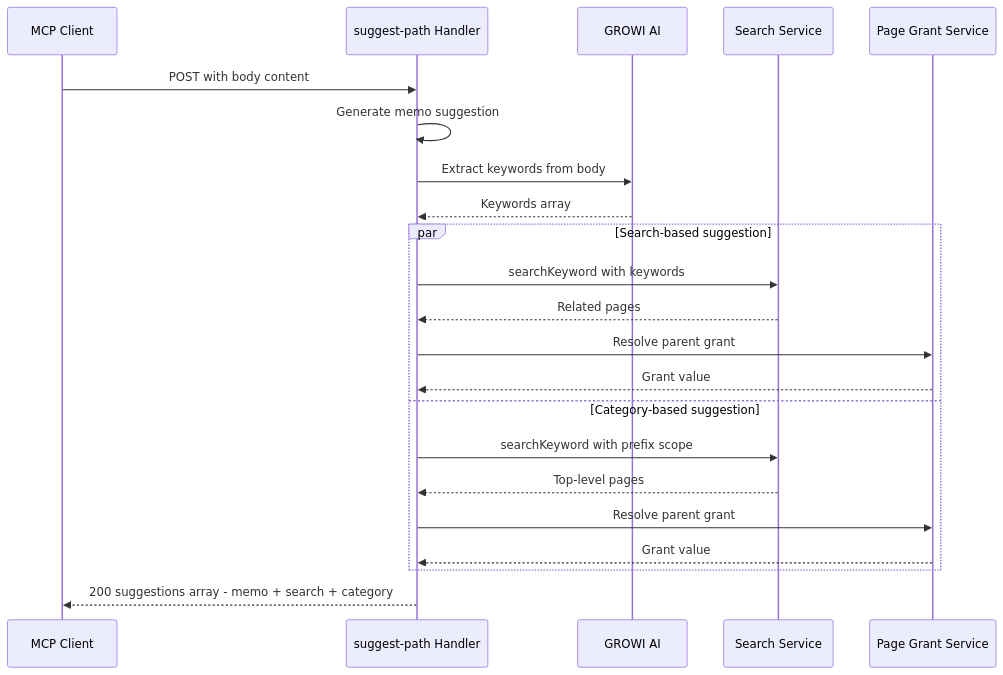
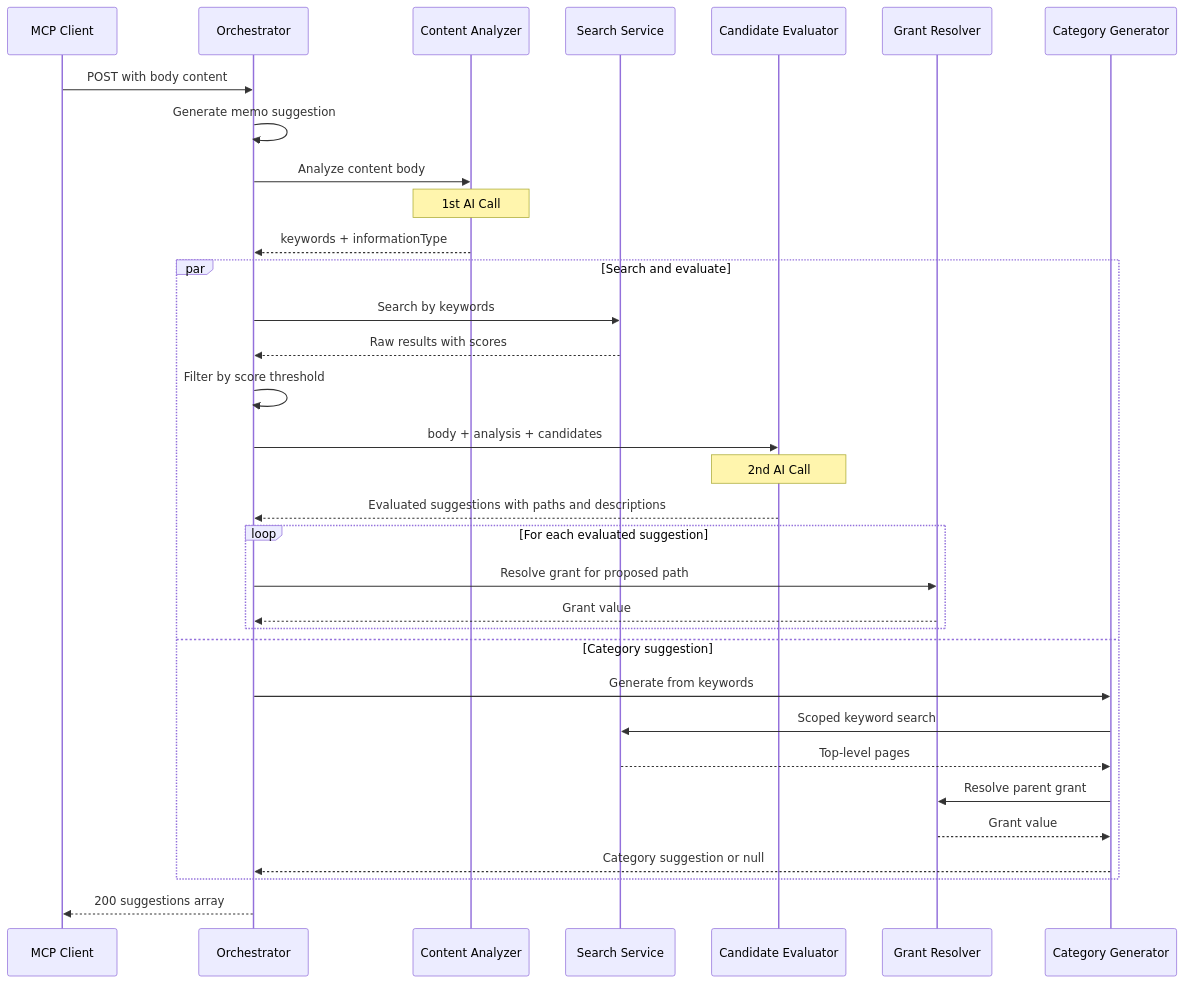
Before and after one commit to growilabs/growi: the third of 3 diagrams in .kiro/specs/suggest-path/design.md, drawn with Mermaid. The commit also changed other lines of this file and 3 other files, not shown here.

First line of the commit message:
feat(suggest-path): revise Phase 2 spec with AI candidate evaluation

````diff
--- a/.kiro/specs/suggest-path/design.md
+++ b/.kiro/specs/suggest-path/design.md
@@ -144,27 +163,39 @@
 ```mermaid
 sequenceDiagram
     participant Client as MCP Client
-    participant Handler as suggest-path Handler
-    participant AI as GROWI AI
+    participant Handler as Orchestrator
+    participant AI1 as Content Analyzer
     participant Search as Search Service
-    participant Grant as Page Grant Service
+    participant AI2 as Candidate Evaluator
+    participant Grant as Grant Resolver
+    participant CatGen as Category Generator
 
     Client->>Handler: POST with body content
     Handler->>Handler: Generate memo suggestion
-    Handler->>AI: Extract keywords from body
-    AI-->>Handler: Keywords array
 
-    par Search-based suggestion
-        Handler->>Search: searchKeyword with keywords
-        Search-->>Handler: Related pages
-        Handler->>Grant: Resolve parent grant
-        Grant-->>Handler: Grant value
-    and Category-based suggestion
-        Handler->>Search: searchKeyword with prefix scope
-        Search-->>Handler: Top-level pages
-        Handler->>Grant: Resolve parent grant
-        Grant-->>Handler: Grant value
+    Handler->>AI1: Analyze content body
+    Note over AI1: 1st AI Call
+    AI1-->>Handler: keywords + informationType
+
+    par Search and evaluate
+        Handler->>Search: Search by keywords
+        Search-->>Handler: Raw results with scores
+        Handler->>Handler: Filter by score threshold
+        Handler->>AI2: body + analysis + candidates
+        Note over AI2: 2nd AI Call
+        AI2-->>Handler: Evaluated suggestions with paths and descriptions
+        loop For each evaluated suggestion
+            Handler->>Grant: Resolve grant for proposed path
+            Grant-->>Handler: Grant value
+        end
+    and Category suggestion
+        Handler->>CatGen: Generate from keywords
+        CatGen->>Search: Scoped keyword search
+        Search-->>CatGen: Top-level pages
+        CatGen->>Grant: Resolve parent grant
+        Grant-->>CatGen: Grant value
+        CatGen-->>Handler: Category suggestion or null
     end
 
-    Handler-->>Client: 200 suggestions array - memo + search + category
+    Handler-->>Client: 200 suggestions array
 ```
````
